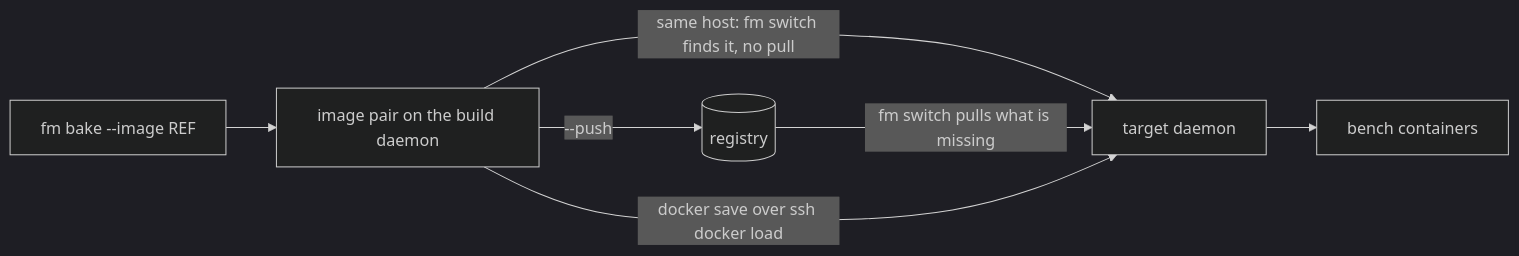
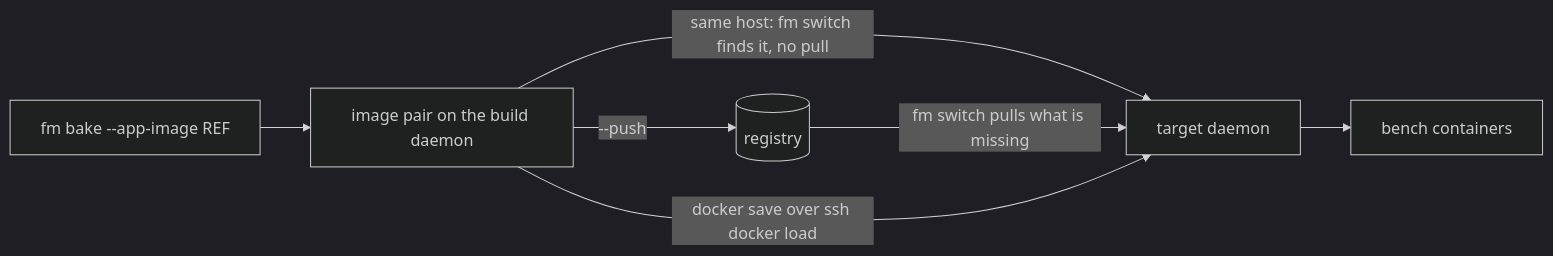
One commit to rtCamp/Frappe-Manager changed the diagram in docs/deploy/transports.md. Above: the diagram before and after it, drawn with Mermaid (dark theme). The commit also changed other lines of this file and 18 other files, not shown here.

First line of the commit message:
feat(bake)!: record which companion belongs to the image, on the image

````diff
--- a/docs/deploy/transports.md
+++ b/docs/deploy/transports.md
@@ -16,8 +16,8 @@
 ```mermaid
 flowchart LR
-    B["fm bake --image REF"] --> LI[image pair on the build daemon]
+    B["fm bake --app-image REF"] --> LI[image pair on the build daemon]
     LI -->|"same host: fm switch finds it, no pull"| RD[target daemon]
     LI -->|"--push"| REG[(registry)] -->|"fm switch pulls what is missing"| RD
     LI -->|"docker save over ssh docker load"| RD
     RD --> RUN[bench containers]
 ```
````
